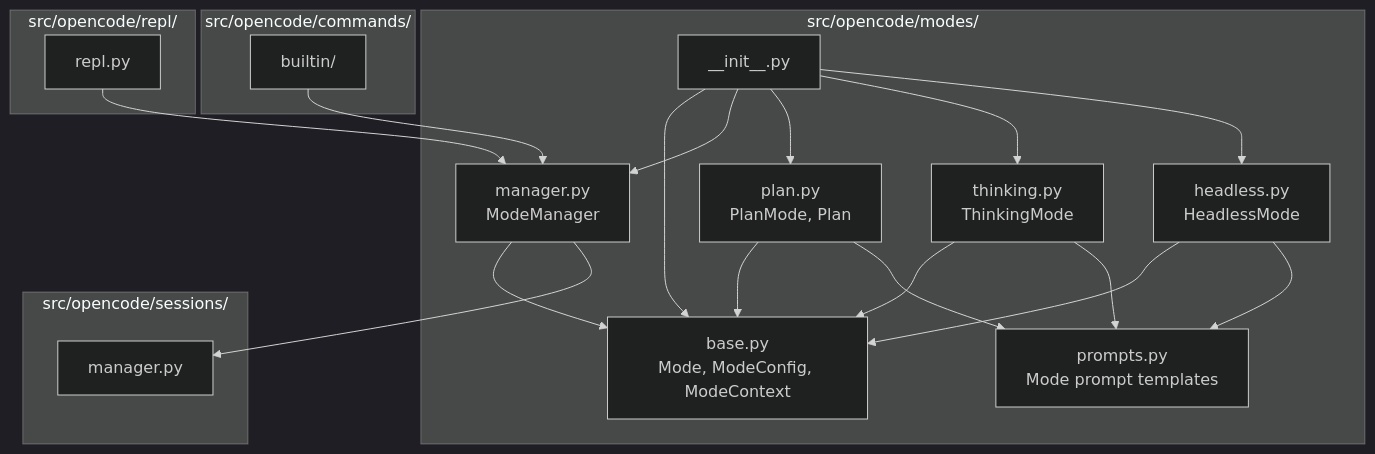
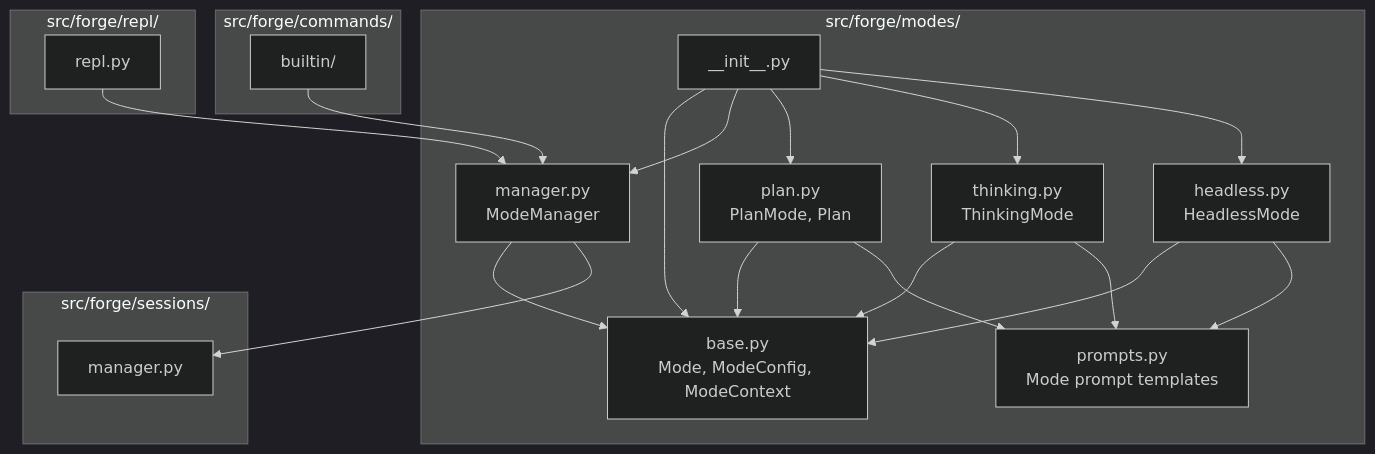
The seventh of 15 diagrams in .ai/phase/6.2/UML.md (corey-rosamond/Code-Forge), drawn with Mermaid (dark theme) before and after one commit. The commit also changed 505 other files, not shown here.

````diff
--- a/.ai/phase/6.2/UML.md
+++ b/.ai/phase/6.2/UML.md
@@ -313,42 +313,42 @@
 ```mermaid
 flowchart TB
-    subgraph ModesPkg["src/opencode/modes/"]
+    subgraph ModesPkg["src/forge/modes/"]
         INIT["__init__.py"]
         BASE["base.py<br/>Mode, ModeConfig, ModeContext"]
         PROMPTS["prompts.py<br/>Mode prompt templates"]
         MANAGER["manager.py<br/>ModeManager"]
         PLAN["plan.py<br/>PlanMode, Plan"]
         THINKING["thinking.py<br/>ThinkingMode"]
         HEADLESS["headless.py<br/>HeadlessMode"]
     end
 
-    subgraph REPLPkg["src/opencode/repl/"]
+    subgraph REPLPkg["src/forge/repl/"]
         REPL["repl.py"]
     end
 
-    subgraph SessionsPkg["src/opencode/sessions/"]
+    subgraph SessionsPkg["src/forge/sessions/"]
         SESSION["manager.py"]
     end
 
-    subgraph CommandsPkg["src/opencode/commands/"]
+    subgraph CommandsPkg["src/forge/commands/"]
         COMMANDS["builtin/"]
     end
 
     MANAGER --> BASE
     PLAN --> BASE
     PLAN --> PROMPTS
     THINKING --> BASE
     THINKING --> PROMPTS
     HEADLESS --> BASE
     HEADLESS --> PROMPTS
 
     INIT --> BASE
     INIT --> MANAGER
     INIT --> PLAN
     INIT --> THINKING
     INIT --> HEADLESS
 
     REPL --> MANAGER
     COMMANDS --> MANAGER
     MANAGER --> SESSION
 ```
````
